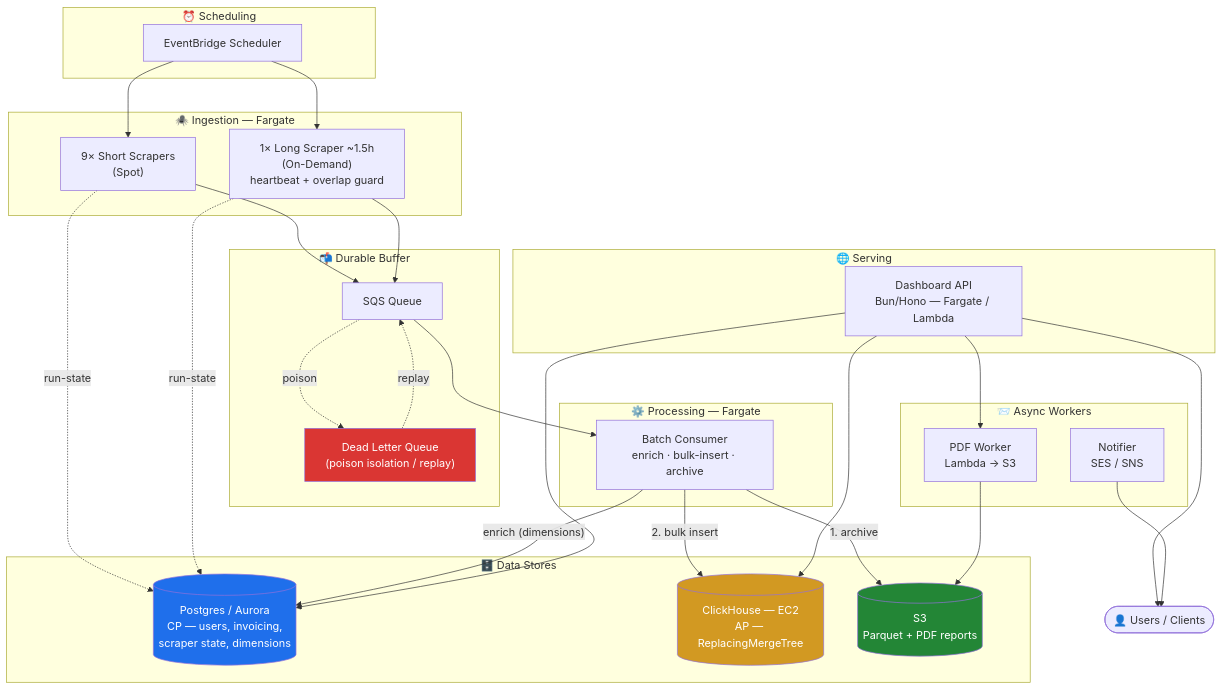
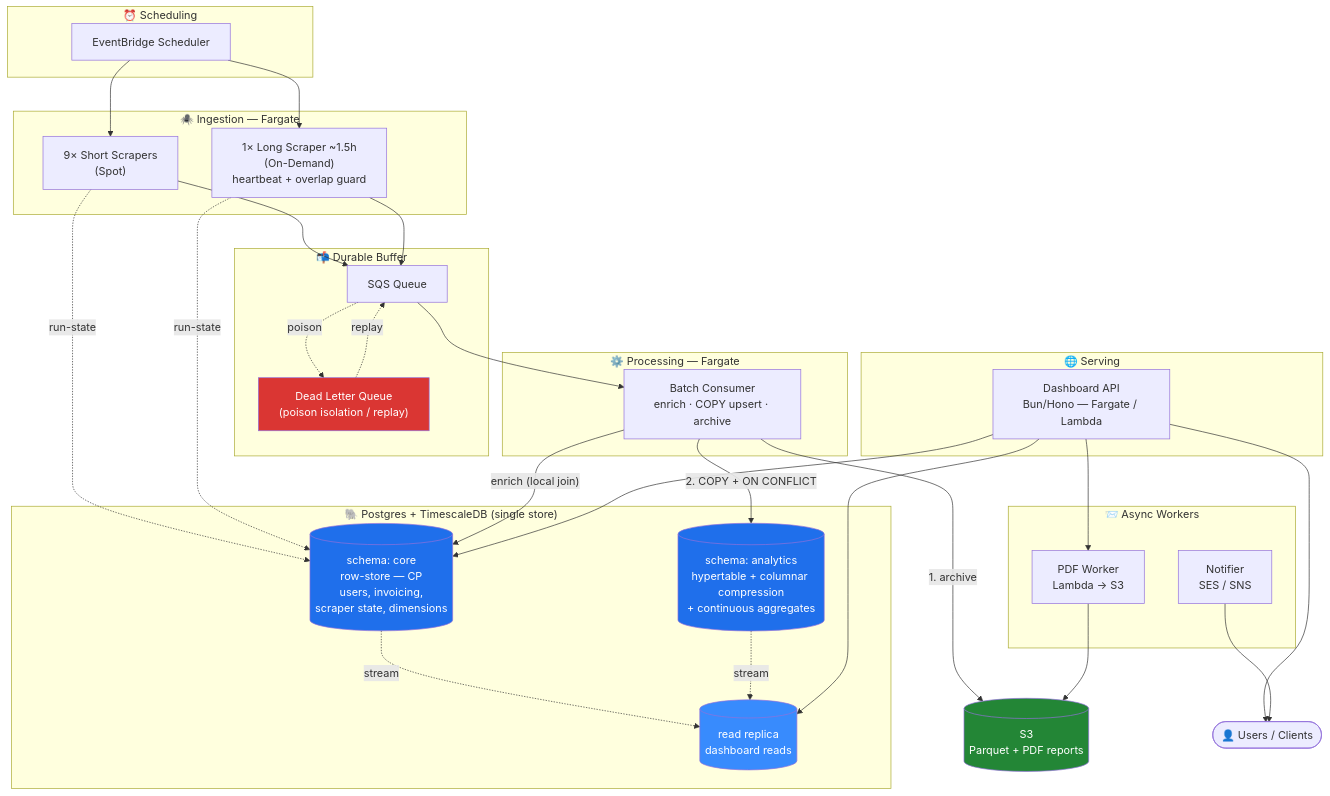
Before and after one commit to MagenticIn/MLS-Revamp: the first of 6 diagrams in architecture.md, drawn with Mermaid. The commit also changed other lines of this file, not shown here.

First line of the commit message:
Replace ClickHouse with TimescaleDB — single Postgres store

````diff
--- a/architecture.md
+++ b/architecture.md
@@ -20,62 +22,67 @@
 ```mermaid
 flowchart TB
     subgraph Trigger["⏰ Scheduling"]
         EB["EventBridge Scheduler"]
     end
 
     subgraph Ingestion["🕷️ Ingestion — Fargate"]
         S9["9× Short Scrapers<br/>(Spot)"]
         S1["1× Long Scraper ~1.5h<br/>(On-Demand)<br/>heartbeat + overlap guard"]
     end
 
     subgraph Queue["📬 Durable Buffer"]
         SQS["SQS Queue"]
         DLQ["Dead Letter Queue<br/>(poison isolation / replay)"]
     end
 
     subgraph Processing["⚙️ Processing — Fargate"]
-        BC["Batch Consumer<br/>enrich · bulk-insert · archive"]
+        BC["Batch Consumer<br/>enrich · COPY upsert · archive"]
     end
 
-    subgraph Stores["🗄️ Data Stores"]
-        PG[("Postgres / Aurora<br/>CP — users, invoicing,<br/>scraper state, dimensions")]
-        CH[("ClickHouse — EC2<br/>AP — ReplacingMergeTree")]
-        S3[("S3<br/>Parquet + PDF reports")]
+    subgraph PG["🐘 Postgres + TimescaleDB (single store)"]
+        CORE[("schema: core<br/>row-store — CP<br/>users, invoicing,<br/>scraper state, dimensions")]
+        ANALYTICS[("schema: analytics<br/>hypertable + columnar compression<br/>+ continuous aggregates")]
+        REPLICA[("read replica<br/>dashboard reads")]
     end
+
+    S3[("S3<br/>Parquet + PDF reports")]
 
     subgraph Serving["🌐 Serving"]
         API["Dashboard API<br/>Bun/Hono — Fargate / Lambda"]
     end
 
     subgraph Async["📨 Async Workers"]
         PDF["PDF Worker<br/>Lambda → S3"]
         NOTIF["Notifier<br/>SES / SNS"]
     end
 
     Users(["👤 Users / Clients"])
 
     EB --> S9 & S1
     S9 --> SQS
     S1 --> SQS
     SQS -. poison .-> DLQ
     DLQ -. replay .-> SQS
     SQS --> BC
-    S9 -. run-state .-> PG
-    S1 -. run-state .-> PG
+    S9 -. run-state .-> CORE
+    S1 -. run-state .-> CORE
 
     BC -- "1. archive" --> S3
-    BC -- "2. bulk insert" --> CH
-    BC -- "enrich (dimensions)" --> PG
+    BC -- "2. COPY + ON CONFLICT" --> ANALYTICS
+    BC -- "enrich (local join)" --> CORE
+    CORE -. stream .-> REPLICA
+    ANALYTICS -. stream .-> REPLICA
 
-    API --> PG
-    API --> CH
+    API --> CORE
+    API --> REPLICA
     API --> Users
     API --> PDF
     PDF --> S3
     NOTIF --> Users
 
-    style PG fill:#1f6feb,color:#fff
-    style CH fill:#d29922,color:#fff
+    style CORE fill:#1f6feb,color:#fff
+    style ANALYTICS fill:#1f6feb,color:#fff
+    style REPLICA fill:#388bfd,color:#fff
     style S3 fill:#238636,color:#fff
     style DLQ fill:#da3633,color:#fff
 ```
````
